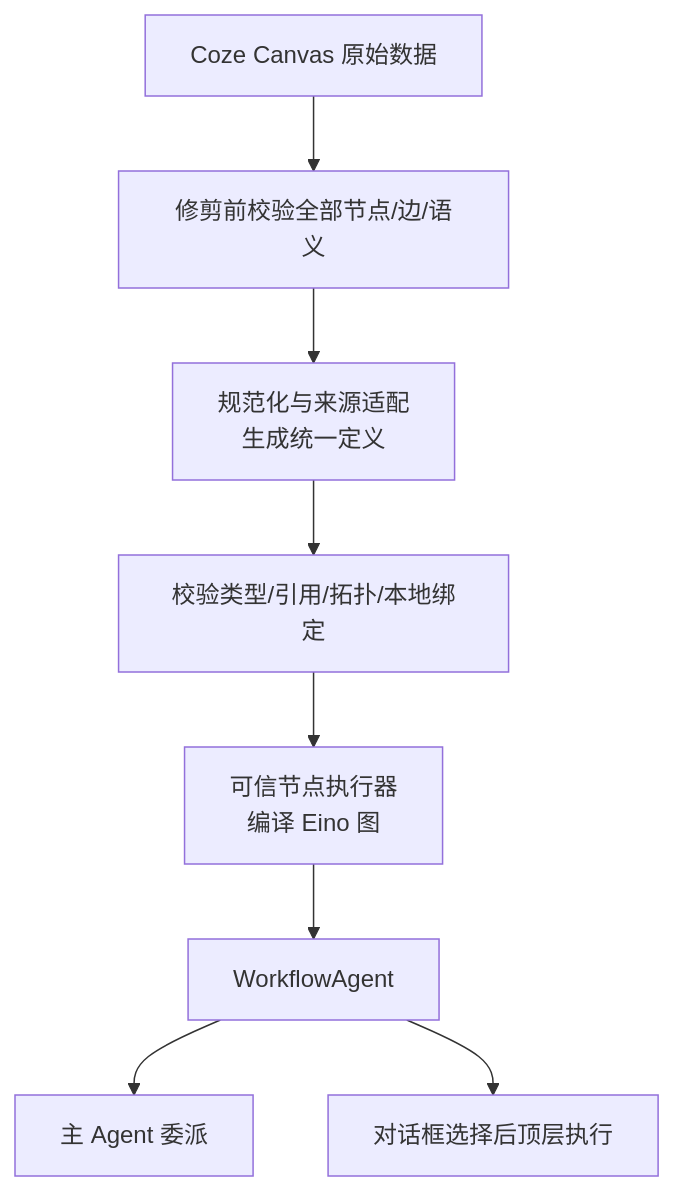
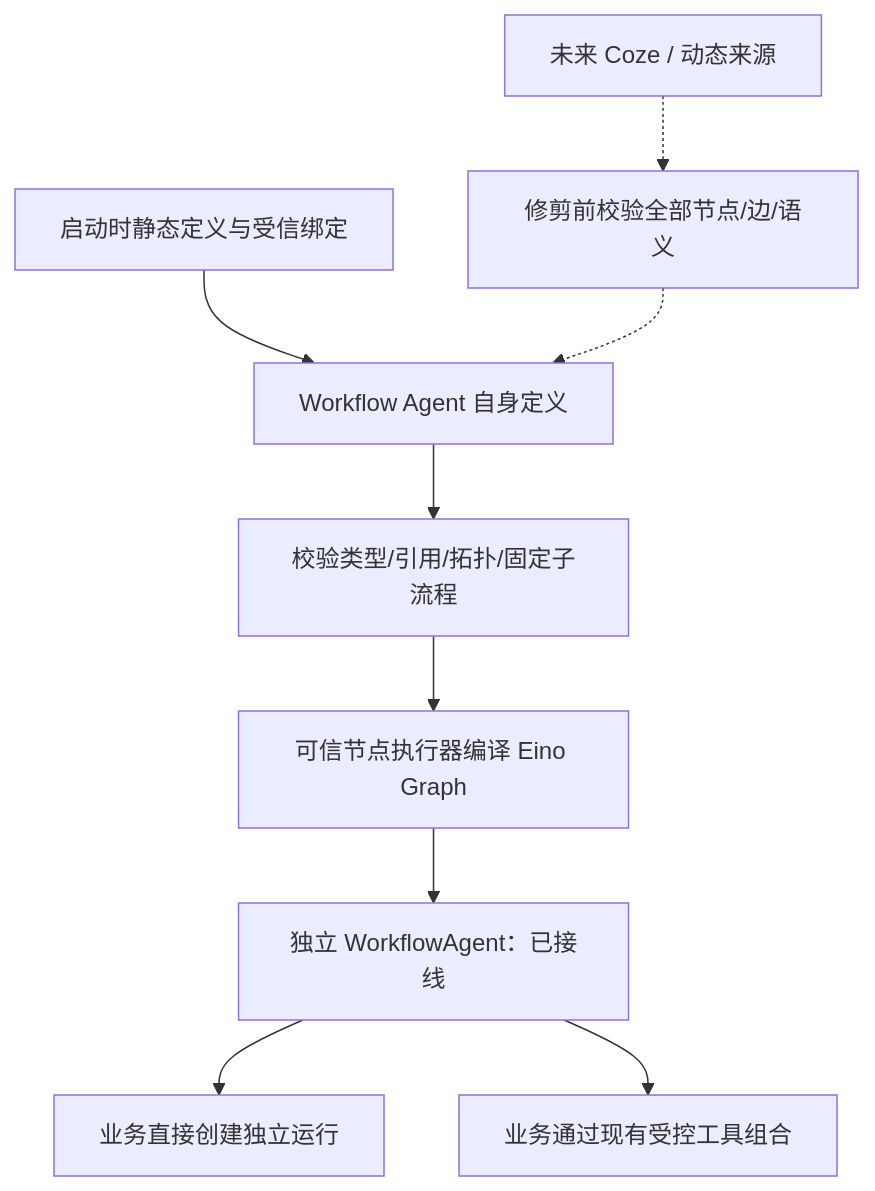
One commit to ww1489/seasprak changed the third of 4 diagrams in docs/pi-eino-dev-plan/10-extensions-and-workflows.md. Above: the diagram before and after it, drawn with Mermaid. The commit also changed other lines of this file and 904 other files, not shown here.

````diff
--- a/docs/pi-eino-dev-plan/10-extensions-and-workflows.md
+++ b/docs/pi-eino-dev-plan/10-extensions-and-workflows.md
@@ -116,10 +166,11 @@
 ```mermaid
 flowchart TB
-    Src["Coze Canvas 原始数据"] --> Raw["修剪前校验全部节点/边/语义"]
-    Raw --> Def["规范化与来源适配<br/>生成统一定义"]
-    Def --> Val["校验类型/引用/拓扑/本地绑定"]
-    Val --> Comp["可信节点执行器<br/>编译 Eino 图"]
-    Comp --> Agent["WorkflowAgent"]
-    Agent --> Sub["主 Agent 委派"]
-    Agent --> Ind["对话框选择后顶层执行"]
+    Static["启动时静态定义与受信绑定"] --> Def["Workflow Agent 自身定义"]
+    Src["未来 Coze / 动态来源"] -.-> Raw["修剪前校验全部节点/边/语义"]
+    Raw -.-> Def
+    Def --> Val["校验类型/引用/拓扑/固定子流程"]
+    Val --> Comp["可信节点执行器编译 Eino Graph"]
+    Comp --> Agent["独立 WorkflowAgent：已接线"]
+    Agent --> Ind["业务直接创建独立运行"]
+    Agent --> Biz["业务通过现有受控工具组合"]
 ```
````
